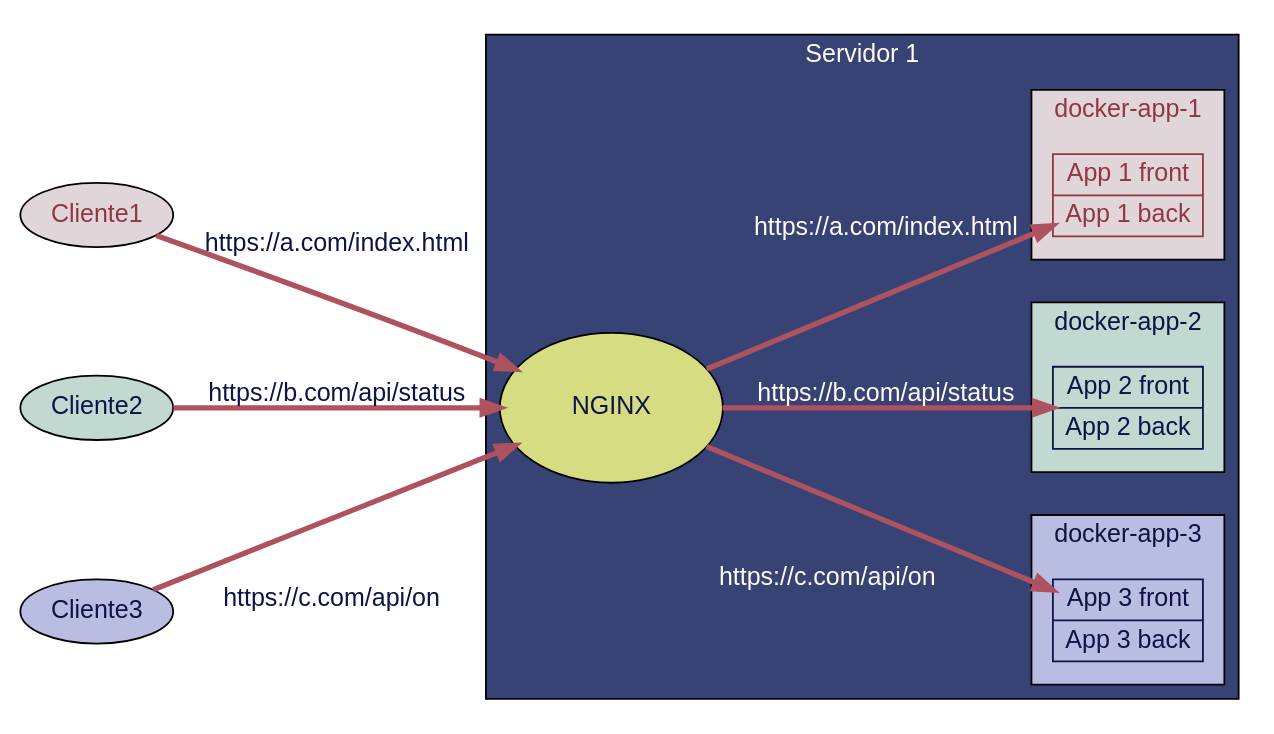
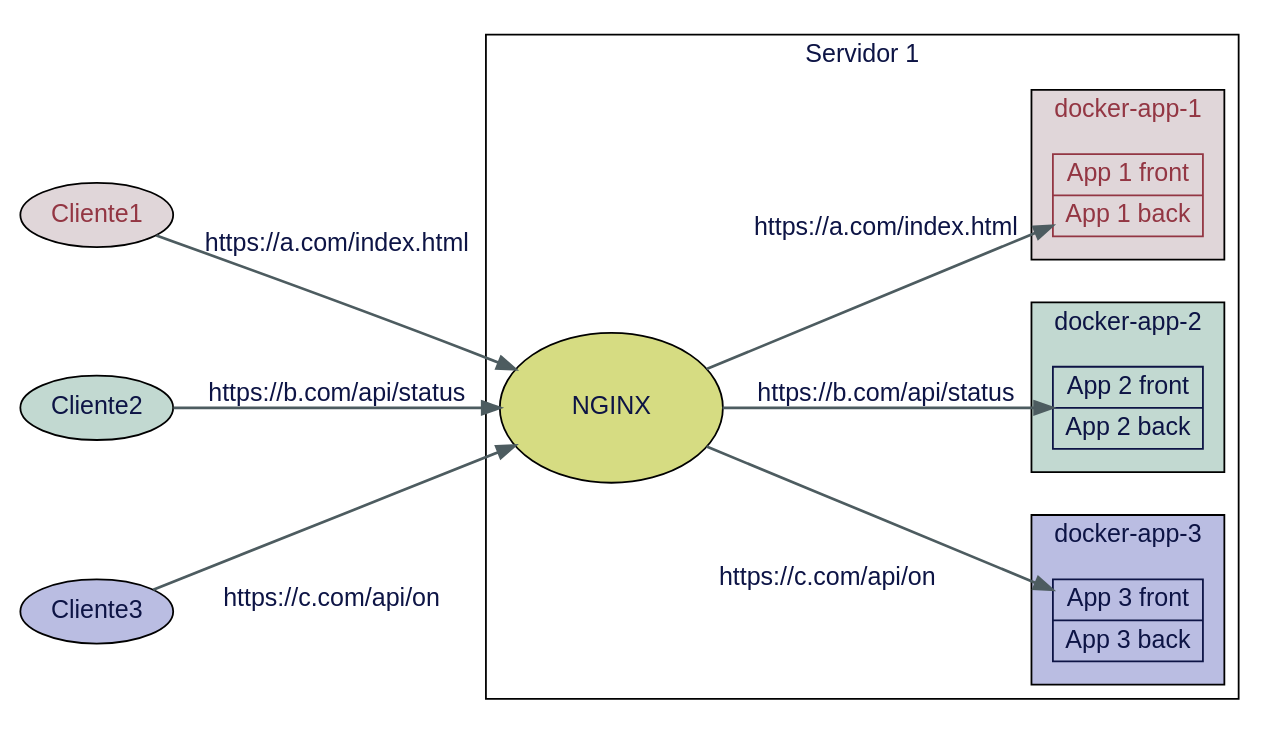
Before and after one commit to mitsiu-carreno/data_science_content: the diagram in 4_sem/thesis/s20_final/gviz/nginx_designa.gv, drawn with Graphviz. The commit also changed 5 other files, not shown here.

Commit message:
update thesis graphs

```diff
--- a/4_sem/thesis/s20_final/gviz/nginx_designa.gv
+++ b/4_sem/thesis/s20_final/gviz/nginx_designa.gv
@@ -1,67 +1,68 @@
 digraph G {
   # dot -Tsvg file.gv -o file.sgv | kitty icat file.svg
   fontname="Helvetica,Arial,sans-serif"
   node [fontname="Helvetica,Arial,sans-serif"]
   edge [fontname="Helvetica,Arial,sans-serif"]
   concentrate=True;
   rankdir=LR;
   #ranksep=1.2
   nodesep=1
   #node [shape=record];
+  edge [color="#4d5c60", fontname="Helvetica,Arial,sans-serif"];
   
   
   
   subgraph clusterS1 {
     label="Servidor 1"
     style = filled;
-    bgcolor ="#374375";
-    fontcolor="#fffcf5"
+    bgcolor ="white";
+    fontcolor="#0d1445"
     
     nginx[
       label="NGINX" 
       margin=0.3 
       style=filled
       fillcolor="#d6dc82"
       fontcolor="#0d1445" 
     ]
     
     subgraph clusterD3 {
         label="docker-app-3"
         margin="12"
         bgcolor="#babde2"
         fontcolor="#0d1445"
         app3 [label="App 3 front | App 3 back" shape=record fontcolor="#0d1445" color="#0d1445"]
     }
     
     subgraph clusterD2 {
         label="docker-app-2"
         margin="12"
         bgcolor="#c2d9d1"
         fontcolor="#0d1445"
         app2 [label="App 2 front | App 2 back" shape=record fontcolor="#0d1445" color="#0d1445"]
     }
     
     subgraph clusterD1 {
         label="docker-app-1"
         margin="12"
         style = filled;
         bgcolor="#e0d6d9"
         fontcolor="#933643"
         app1 [label="App 1 front | App 1 back" shape=record fontcolor="#933643" color="#933643"]
     }
 
   }
 
   Cliente1 [style=filled fillcolor="#e0d6d9", fontcolor="#933643"]  
   Cliente2 [style=filled fillcolor="#c2d9d1", fontcolor="#0d1445"]
   Cliente3 [style=filled fillcolor="#babde2", fontcolor="#0d1445"]
  
-  Cliente1 -> nginx [label="https://a.com/index.html" fontcolor="#0d1445" color="#ad525e" penwidth=3] 
-  Cliente2 -> nginx [label="https://b.com/api/status" fontcolor="#0d1445" color="#ad525e" penwidth=3] 
-  Cliente3 -> nginx [taillabel="https://c.com/api/on" labeldistance=10 fontcolor="#0d1445" color="#ad525e" penwidth=3]  
+  Cliente1 -> nginx [label="https://a.com/index.html" fontcolor="#0d1445"penwidth=1.5] 
+  Cliente2 -> nginx [label="https://b.com/api/status" fontcolor="#0d1445"penwidth=1.5] 
+  Cliente3 -> nginx [taillabel="https://c.com/api/on" labeldistance=10 fontcolor="#0d1445"penwidth=1.5]  
   
-  nginx -> app1 [label="https://a.com/index.html" fontcolor="#fffcf5" color="#ad525e" penwidth=3];
-  nginx -> app2 [label="https://b.com/api/status" fontcolor="#fffcf5" color="#ad525e" penwidth=3];
-  nginx -> app3 [taillabel="https://c.com/api/on" labeldistance=10 fontcolor="#fffcf5" color="#ad525e" penwidth=3];
+  nginx -> app1 [label="https://a.com/index.html" fontcolor="#0d1445"penwidth=1.5];
+  nginx -> app2 [label="https://b.com/api/status" fontcolor="#0d1445"penwidth=1.5];
+  nginx -> app3 [taillabel="https://c.com/api/on" labeldistance=10 fontcolor="#0d1445"penwidth=1.5];
 
 }
```
